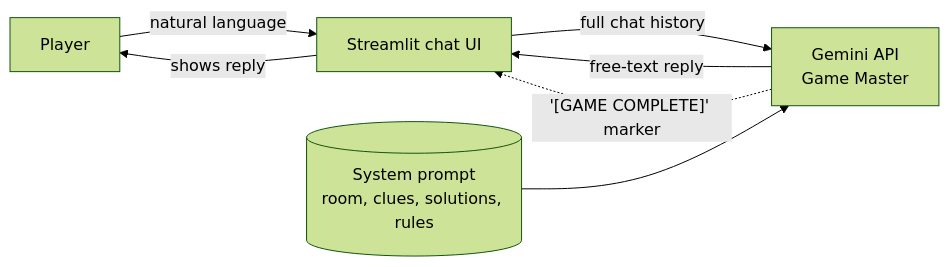
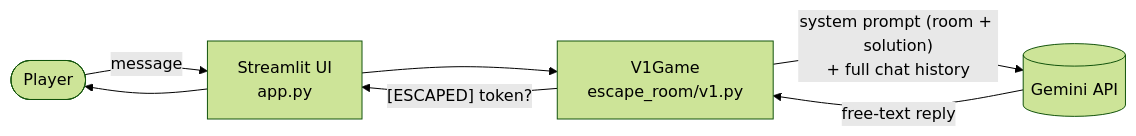
One commit to Parvxz07/AI-Escape-Room changed the first of 2 diagrams in docs/ARCHITECTURE.md. Above: the diagram before and after it, drawn with Mermaid (forest theme). The commit also changed other lines of this file and 5 other files, not shown here.

Commit message:
docs: README, architecture, test cases, report and screenshots

````diff
--- a/docs/ARCHITECTURE.md
+++ b/docs/ARCHITECTURE.md
@@ -7,9 +5,9 @@
 ```mermaid
 flowchart LR
-    P[Player] -->|natural language| UI[Streamlit chat UI]
-    UI -->|full chat history| LLM[Gemini API<br/>Game Master]
-    SP[(System prompt<br/>room, clues, solutions, rules)] --> LLM
-    LLM -->|free-text reply| UI
-    UI -->|shows reply| P
-    LLM -. "'[GAME COMPLETE]' marker" .-> UI
+    P([Player]) -->|message| UI[Streamlit UI<br/>app.py]
+    UI --> V1["V1Game<br/>escape_room/v1.py"]
+    V1 -->|"system prompt (room + solution)<br/>+ full chat history"| G[(Gemini API)]
+    G -->|free-text reply| V1
+    V1 -->|"[ESCAPED] token?"| UI
+    UI --> P
 ```
````
